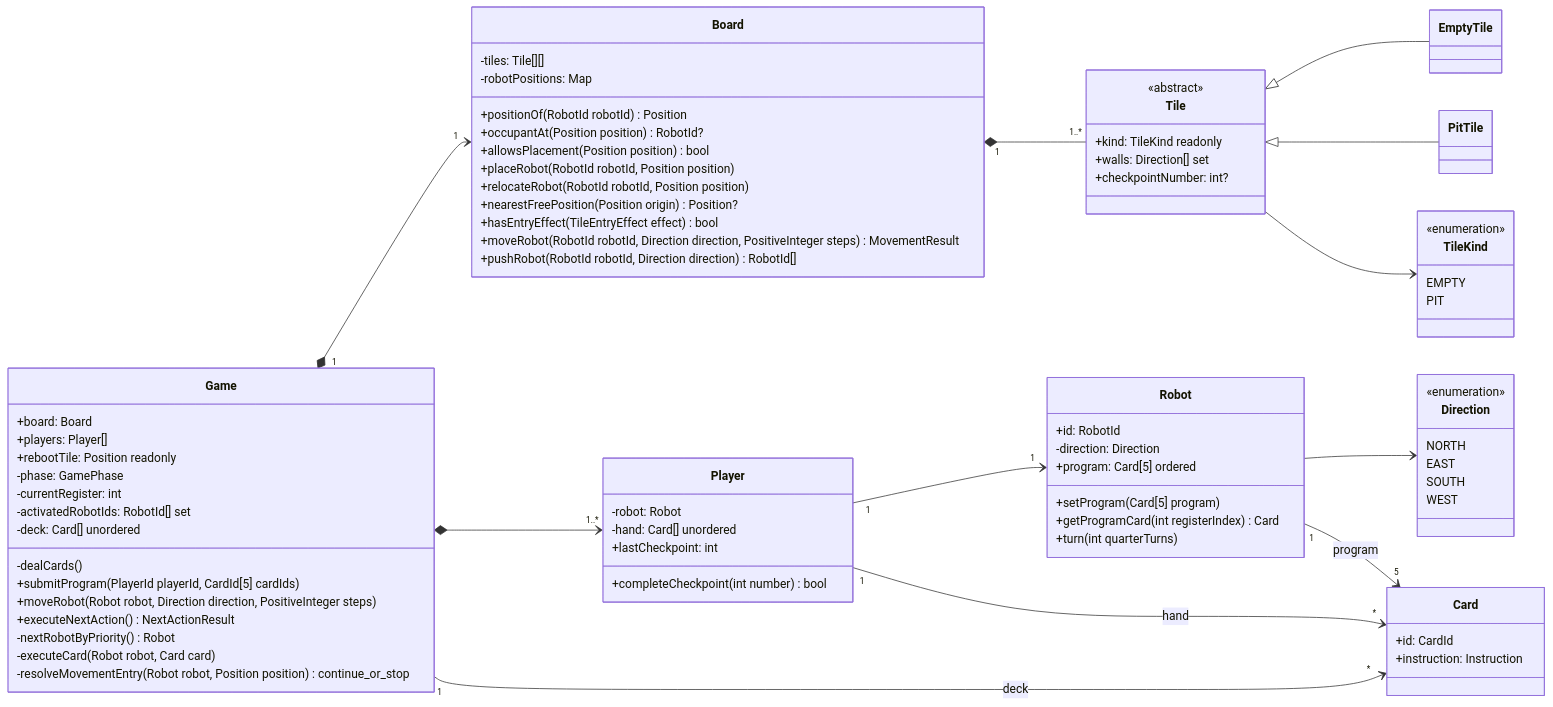
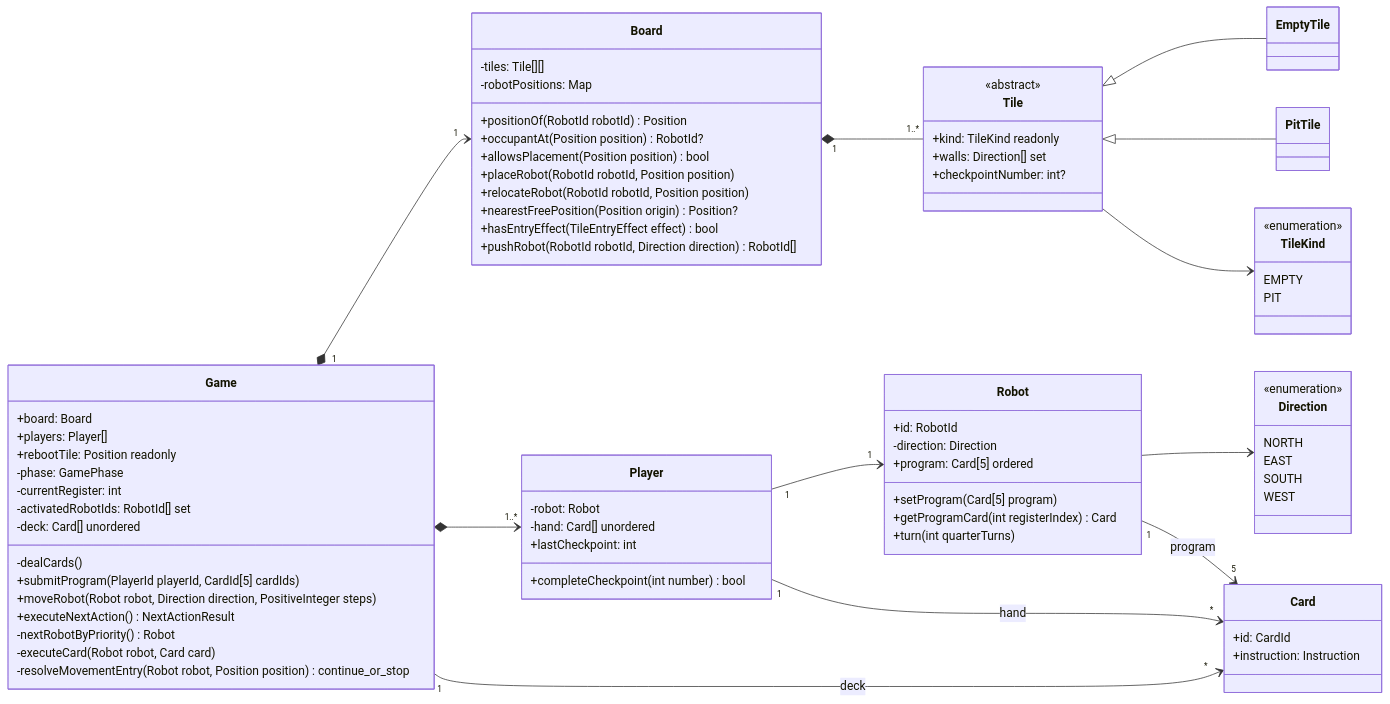
The diagram in docs/game_model_UML.md (hananinas/RoboRally), drawn with Mermaid before and after one commit. The commit also changed other lines of this file and 6 other files, not shown here.

```diff
--- a/docs/game_model_UML.md
+++ b/docs/game_model_UML.md
@@ -32,7 +32,6 @@
         +relocateRobot(RobotId robotId, Position position)
         +nearestFreePosition(Position origin) Position?
         +hasEntryEffect(TileEntryEffect effect) bool
-        +moveRobot(RobotId robotId, Direction direction, PositiveInteger steps) MovementResult
         +pushRobot(RobotId robotId, Direction direction) RobotId[]
         }
 
```
